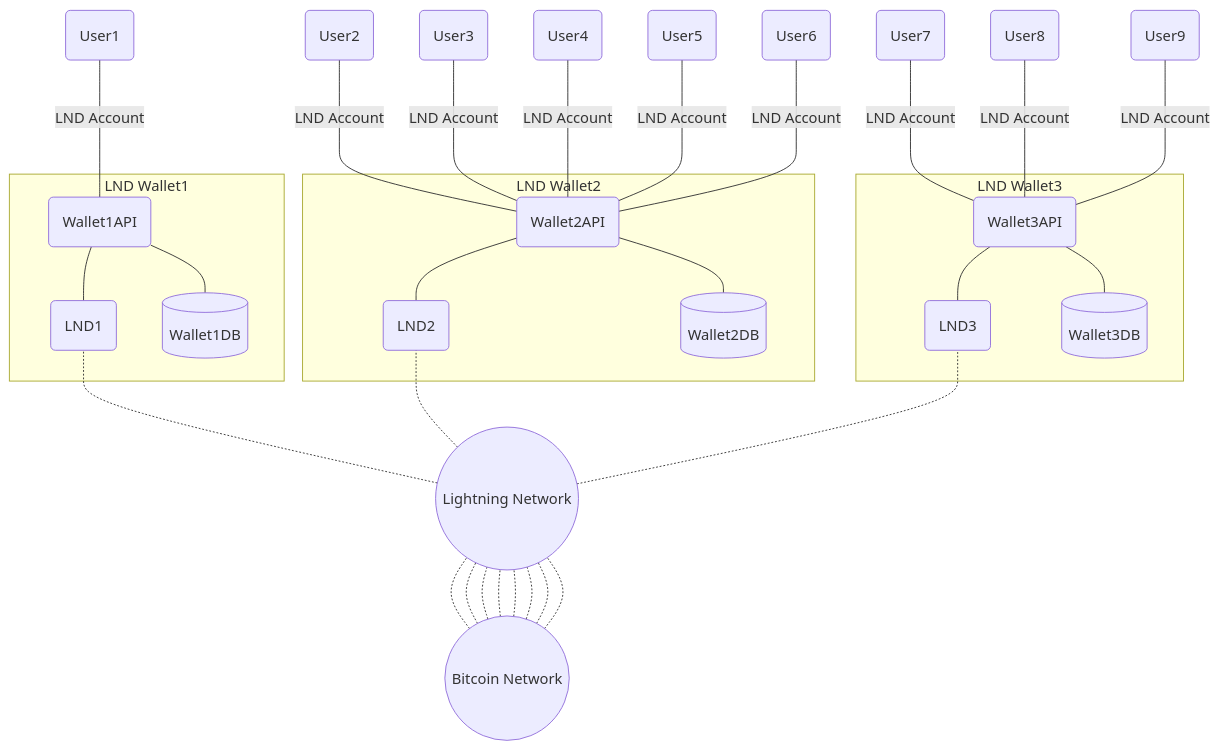
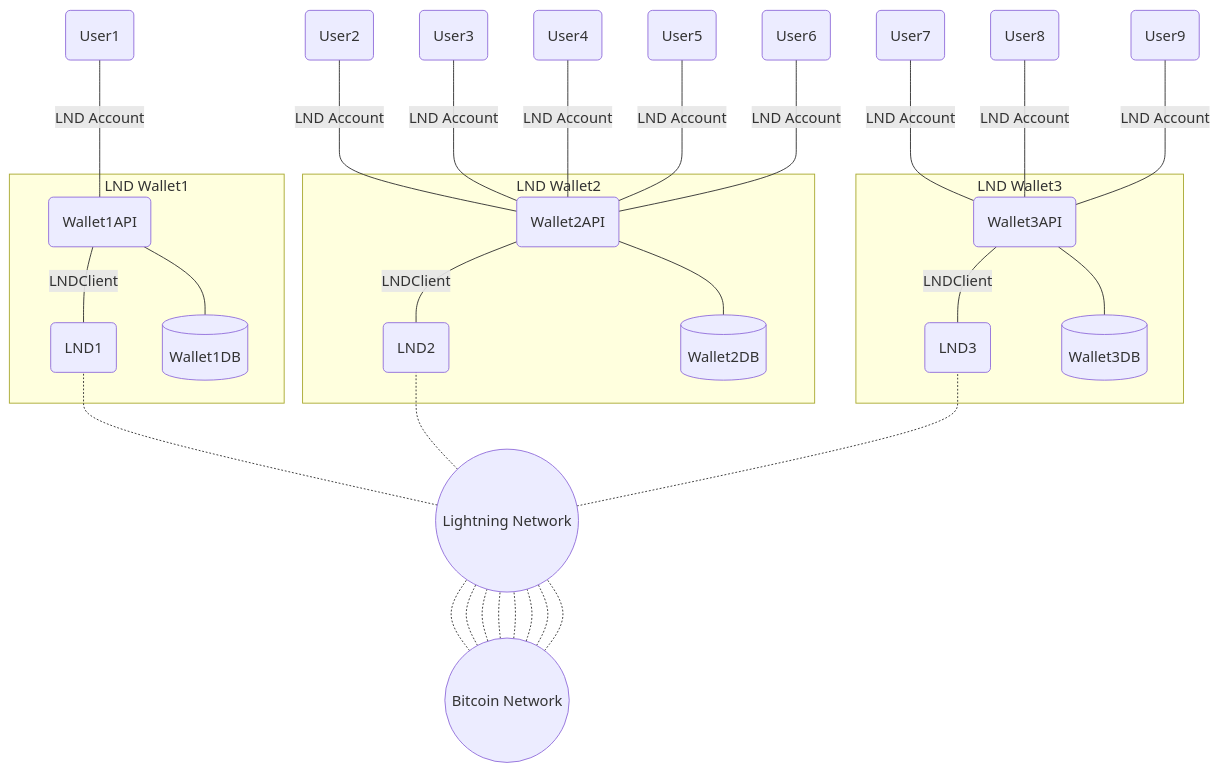
Before and after one commit to DontTrustVerifyOrg/gig-gossip: the fourth of 6 diagrams in net/NGigGossip4Nostr/gettingstarted.md, drawn with Mermaid. The commit also changed other lines of this file and 6 other files, not shown here.

````diff
--- a/net/NGigGossip4Nostr/gettingstarted.md
+++ b/net/NGigGossip4Nostr/gettingstarted.md
@@ -396,39 +457,39 @@
 ```mermaid
 graph BT
     BTC((Bitcoin Network)) -.- LNT((Lightning Network)) 
     BTC -.- LNT
     BTC -.- LNT
     BTC -.- LNT
     BTC -.- LNT
     BTC -.- LNT
     BTC -.- LNT
     BTC -.- LNT
     LNT((Lightning Network)) -.- LND1(LND1)
     LNT((Lightning Network)) -.- LND2(LND2)
     LNT((Lightning Network)) -.- LND3(LND3)
 
     subgraph LND Wallet1
-    LND1 --- WLT1(Wallet1API)
+    LND1 -- LNDClient --- WLT1(Wallet1API)
     WDB1[(Wallet1DB)] --- WLT1 
     end
 
     subgraph LND Wallet2
-    LND2 --- WLT2(Wallet2API)
+    LND2 -- LNDClient --- WLT2(Wallet2API)
     WDB2[(Wallet2DB)] --- WLT2
     end
 
     subgraph LND Wallet3
-    LND3 --- WLT3(Wallet3API)
+    LND3 -- LNDClient --- WLT3(Wallet3API)
     WDB3[(Wallet3DB)] --- WLT3
     end
 
     WLT1 -- LND Account ---- U1(User1)
     WLT2 -- LND Account ---- U2(User2)
     WLT2 -- LND Account ---- U3(User3)
     WLT2 -- LND Account ---- U4(User4)
     WLT2 -- LND Account ---- U5(User5)
     WLT2 -- LND Account ---- U6(User6)
     WLT3 -- LND Account ---- U7(User7)
     WLT3 -- LND Account ---- U8(User8)
     WLT3 -- LND Account ---- U9(User9)
 ```
````
